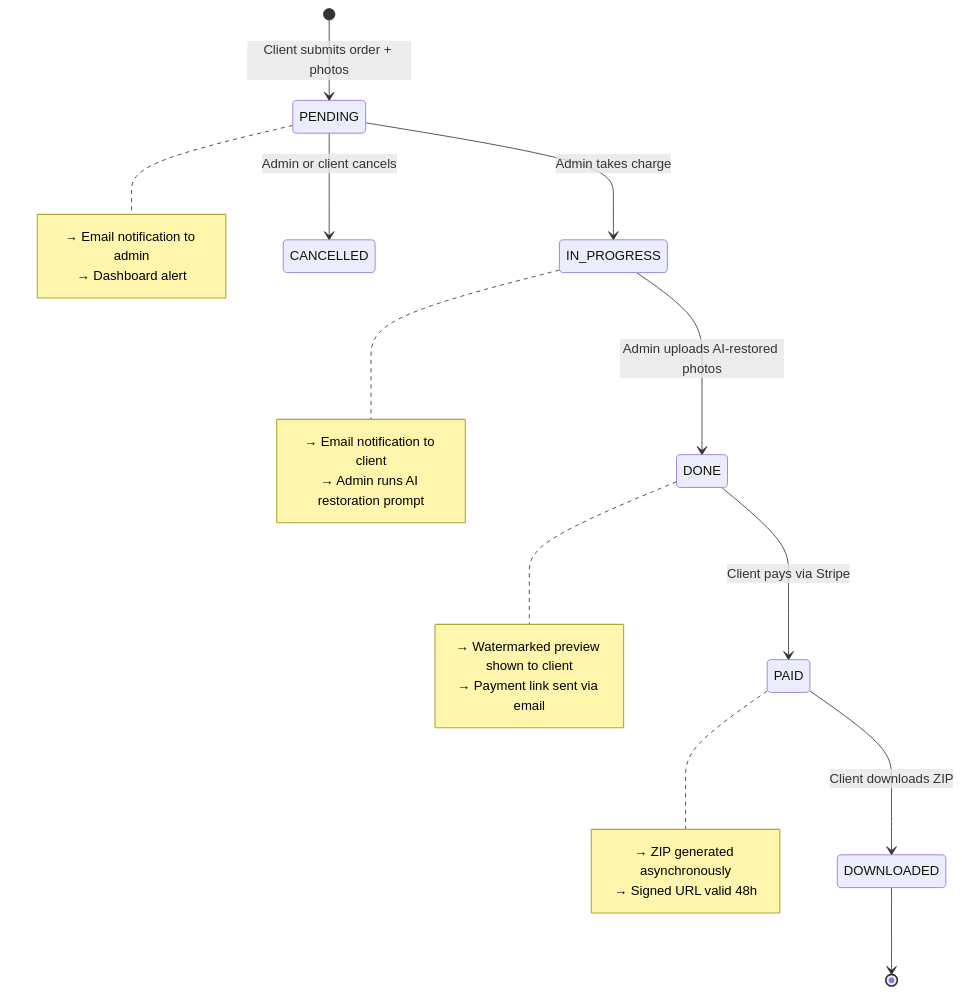
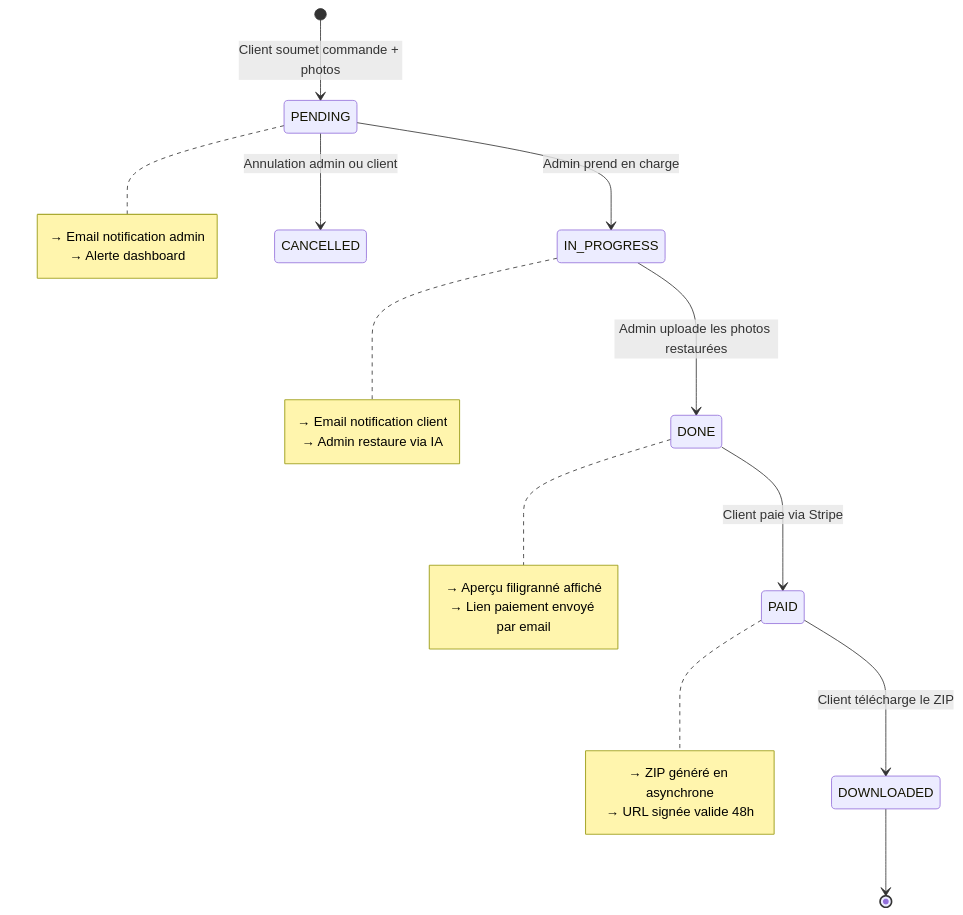
The second of 2 diagrams in README.md (zyrass/OmnyRestore), drawn with Mermaid before and after one commit. The commit also changed other lines of this file, not shown here.

First line of the commit message:
docs(readme): mise a jour v0.4.1 - session support/upload/admin

````diff
--- a/README.md
+++ b/README.md
@@ -102,30 +106,30 @@
 ```mermaid
 stateDiagram-v2
-    [*] --> PENDING : Client submits order + photos
-    PENDING --> IN_PROGRESS : Admin takes charge
-    PENDING --> CANCELLED : Admin or client cancels
-    IN_PROGRESS --> DONE : Admin uploads AI-restored photos
-    DONE --> PAID : Client pays via Stripe
-    PAID --> DOWNLOADED : Client downloads ZIP
+    [*] --> PENDING : Client soumet commande + photos
+    PENDING --> IN_PROGRESS : Admin prend en charge
+    PENDING --> CANCELLED : Annulation admin ou client
+    IN_PROGRESS --> DONE : Admin uploade les photos restaurées
+    DONE --> PAID : Client paie via Stripe
+    PAID --> DOWNLOADED : Client télécharge le ZIP
     DOWNLOADED --> [*]
 
     note right of PENDING
-        → Email notification to admin
-        → Dashboard alert
+        → Email notification admin
+        → Alerte dashboard
     end note
 
     note right of IN_PROGRESS
-        → Email notification to client
-        → Admin runs AI restoration prompt
+        → Email notification client
+        → Admin restaure via IA
     end note
 
     note right of DONE
-        → Watermarked preview shown to client
-        → Payment link sent via email
+        → Aperçu filigranné affiché
+        → Lien paiement envoyé par email
     end note
 
     note right of PAID
-        → ZIP generated asynchronously
-        → Signed URL valid 48h
+        → ZIP généré en asynchrone
+        → URL signée valide 48h
     end note
 ```
````
